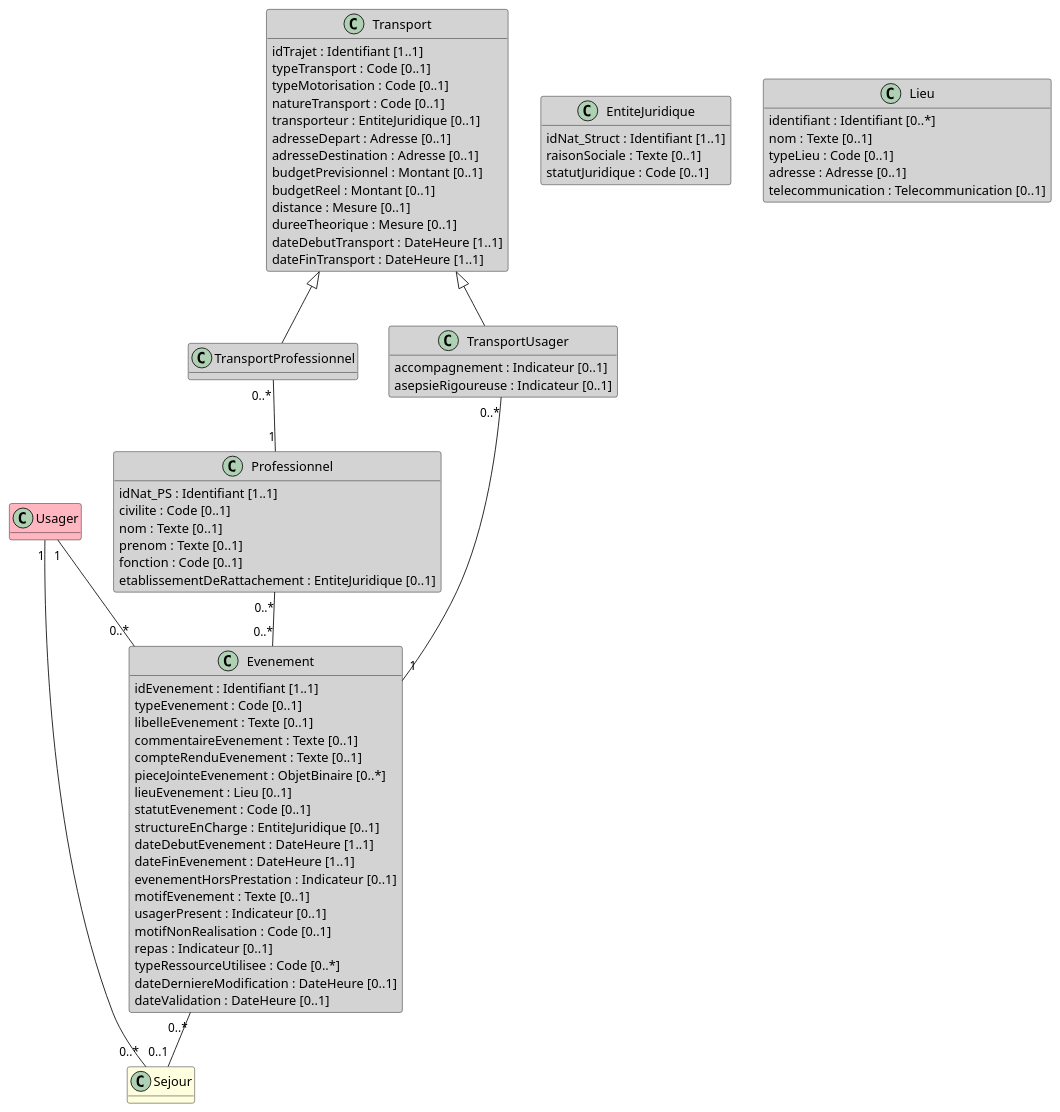
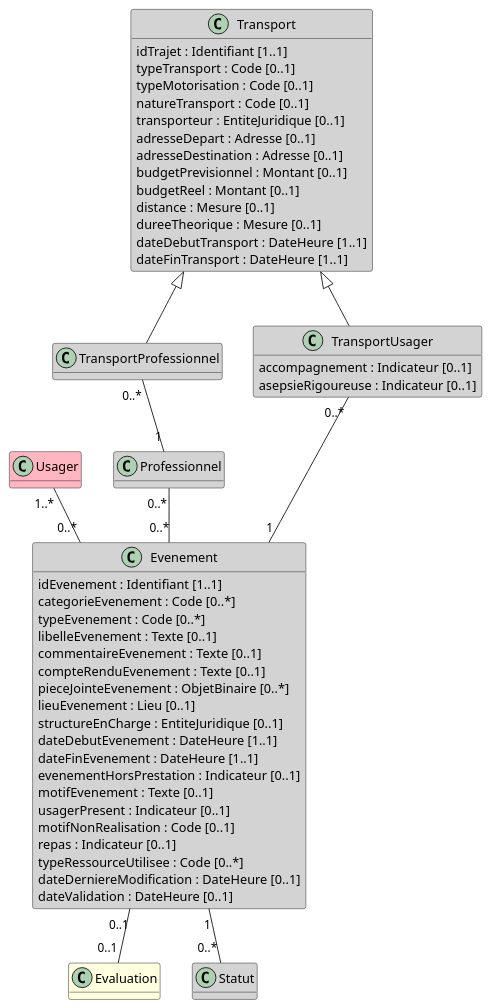
One commit to ansforge/IG-fhir-transfert-donnees-dui-esms changed the diagram in input/images-source/bloc_evenement.plantuml. Above: the diagram before and after it, drawn with PlantUML. The commit also changed 5 other files, not shown here.

First line of the commit message:
Description fonctionnelle des ressources : Evenement Evaluation (#146)

```diff
--- a/input/images-source/bloc_evenement.plantuml
+++ b/input/images-source/bloc_evenement.plantuml
@@ -1,88 +1,68 @@
 @startuml
 
 hide empty methods
 
 class Usager #LightPink
 
-class Sejour #LightYellow
-
 class TransportProfessionnel #LightGray
 
-class Professionnel #LightGray {
-    idNat_PS : Identifiant [1..1]
-    civilite : Code [0..1]
-    nom : Texte [0..1]
-    prenom : Texte [0..1]
-    fonction : Code [0..1]
-    etablissementDeRattachement : EntiteJuridique [0..1]
-}
+class Evaluation #LightYellow
+
+class Professionnel #LightGray 
+
+class Statut #LightGray 
 
 class Transport #LightGray {
     idTrajet : Identifiant [1..1]
     typeTransport : Code [0..1]
     typeMotorisation : Code [0..1]
     natureTransport : Code [0..1]
     transporteur : EntiteJuridique [0..1]
     adresseDepart : Adresse [0..1]
     adresseDestination : Adresse [0..1]
     budgetPrevisionnel : Montant [0..1]
     budgetReel : Montant [0..1]
     distance : Mesure [0..1]
     dureeTheorique : Mesure [0..1]
     dateDebutTransport : DateHeure [1..1]
     dateFinTransport : DateHeure [1..1]
 }
 
 class TransportUsager #LightGray {
     accompagnement : Indicateur [0..1]
     asepsieRigoureuse : Indicateur [0..1]
 }
 
 class Evenement #LightGray {
     idEvenement : Identifiant [1..1]
-    typeEvenement : Code [0..1]
+    categorieEvenement : Code [0..*]
+    typeEvenement : Code [0..*]
     libelleEvenement : Texte [0..1]
     commentaireEvenement : Texte [0..1]
     compteRenduEvenement : Texte [0..1]
     pieceJointeEvenement : ObjetBinaire [0..*]
     lieuEvenement : Lieu [0..1]
-    statutEvenement : Code [0..1]
     structureEnCharge : EntiteJuridique [0..1]
     dateDebutEvenement : DateHeure [1..1]
     dateFinEvenement : DateHeure [1..1]
     evenementHorsPrestation : Indicateur [0..1]
     motifEvenement : Texte [0..1]
     usagerPresent : Indicateur [0..1]
     motifNonRealisation : Code [0..1]
     repas : Indicateur [0..1]
     typeRessourceUtilisee : Code [0..*]
     dateDerniereModification : DateHeure [0..1]
     dateValidation : DateHeure [0..1]
 }
 
-class EntiteJuridique #LightGray {
-    idNat_Struct : Identifiant [1..1]
-    raisonSociale : Texte [0..1]
-    statutJuridique : Code [0..1]
-}
-
-class Lieu #LightGray {
-    identifiant : Identifiant [0..*]
-    nom : Texte [0..1]
-    typeLieu : Code [0..1]
-    adresse : Adresse [0..1]
-    telecommunication : Telecommunication [0..1]
-}
-
-
-Usager "1" -- "0..*" Evenement
-Usager "1" -- "0..*" Sejour
-Evenement "0..*" -- "0..1" Sejour
+Usager "1..*" -- "0..*" Evenement
 Professionnel "0..*" -- "0..*" Evenement
 Transport <|-- TransportProfessionnel
 Transport <|-- TransportUsager
 TransportUsager "0..*" -- "1" Evenement
 TransportProfessionnel "0..*" -- "1" Professionnel
+Evenement "0..1" -- "0..1" Evaluation
+Evenement "1" -- "0..*" Statut
 
 
 @enduml
```
